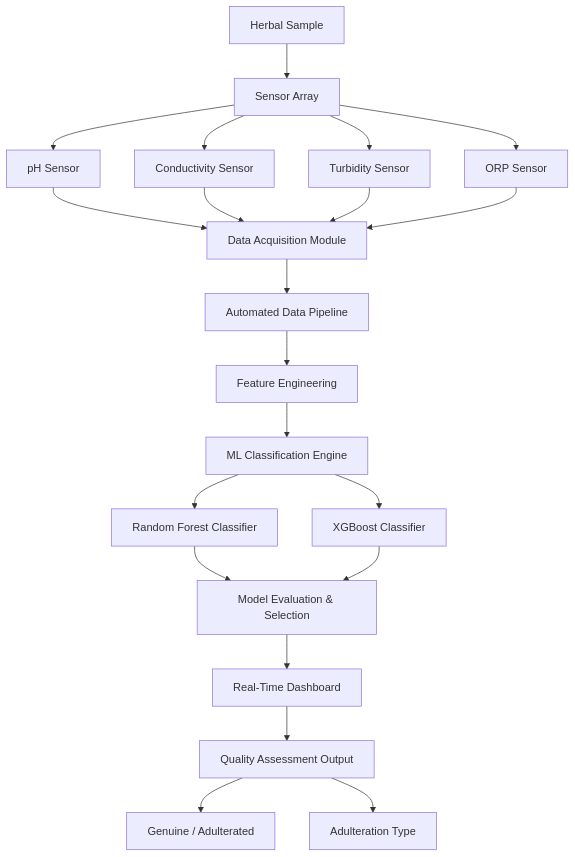
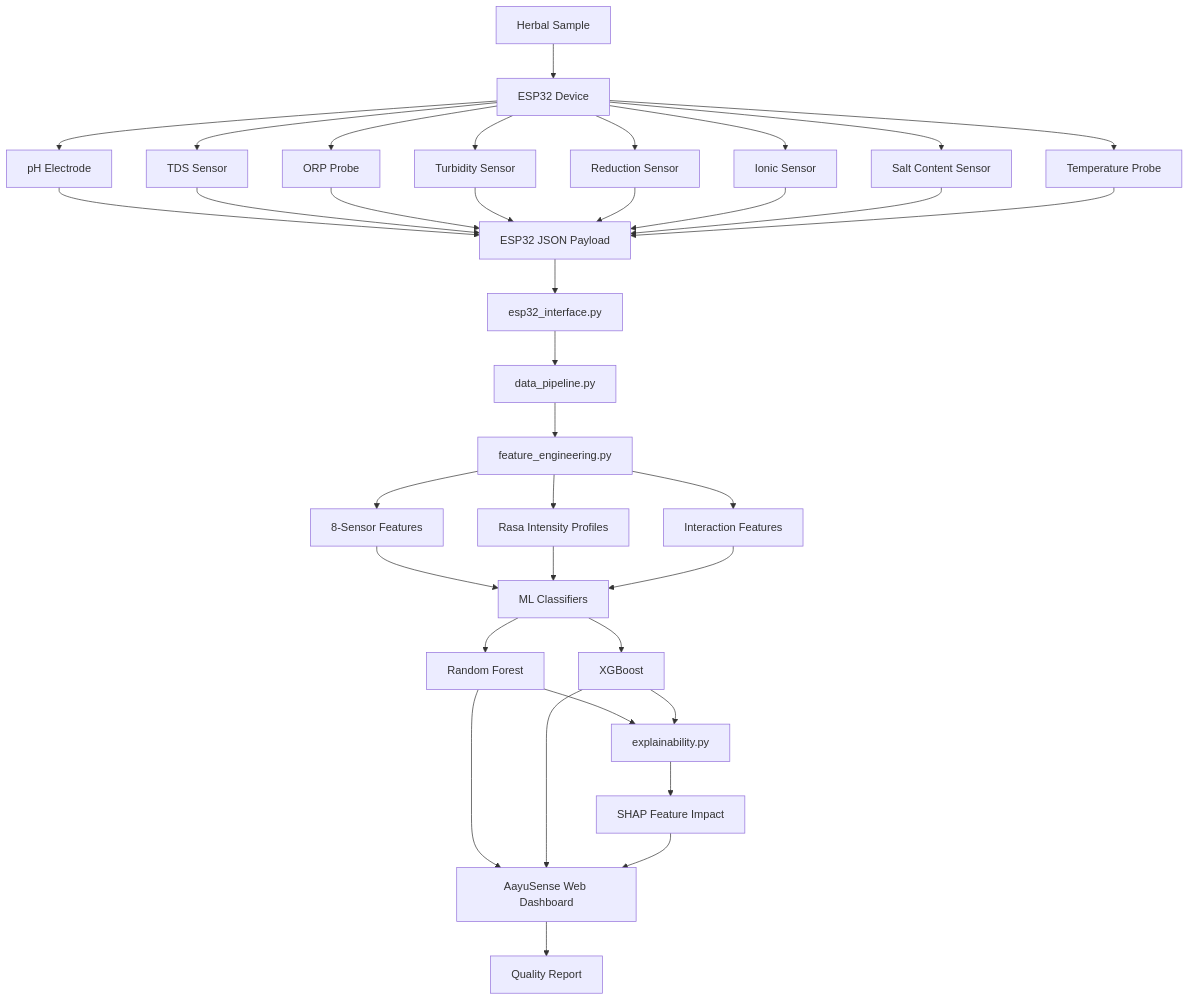
One commit to umeshpandeysh/AayuSense-AI-ETongue changed the first of 2 diagrams in README.md. Above: the diagram before and after it, drawn with Mermaid. The commit also changed other lines of this file and 9 other files, not shown here.

First line of the commit message:
feat: upgrade to 8-sensor ESP32 schema with Rasa profiling and SHAP

````diff
--- a/README.md
+++ b/README.md
@@ -50,19 +45,26 @@
 ```mermaid
 graph TD
-    A[Herbal Sample] --> B[Sensor Array]
-    B --> B1[pH Sensor]
-    B --> B2[Conductivity Sensor]
-    B --> B3[Turbidity Sensor]
-    B --> B4[ORP Sensor]
-    B1 & B2 & B3 & B4 --> C[Data Acquisition Module]
-    C --> D[Automated Data Pipeline]
-    D --> E[Feature Engineering]
-    E --> F[ML Classification Engine]
-    F --> F1[Random Forest Classifier]
-    F --> F2[XGBoost Classifier]
-    F1 & F2 --> G[Model Evaluation & Selection]
-    G --> H[Real-Time Dashboard]
-    H --> I[Quality Assessment Output]
-    I --> I1[Genuine / Adulterated]
-    I --> I2[Adulteration Type]
+    A[Herbal Sample] --> B[ESP32 Device]
+    B --> B1[pH Electrode]
+    B --> B2[TDS Sensor]
+    B --> B3[ORP Probe]
+    B --> B4[Turbidity Sensor]
+    B --> B5[Reduction Sensor]
+    B --> B6[Ionic Sensor]
+    B --> B7[Salt Content Sensor]
+    B --> B8[Temperature Probe]
+    B1 & B2 & B3 & B4 & B5 & B6 & B7 & B8 --> C[ESP32 JSON Payload]
+    C --> D[esp32_interface.py]
+    D --> E[data_pipeline.py]
+    E --> F[feature_engineering.py]
+    F --> F1[8-Sensor Features]
+    F --> F2[Rasa Intensity Profiles]
+    F --> F3[Interaction Features]
+    F1 & F2 & F3 --> G[ML Classifiers]
+    G --> G1[Random Forest]
+    G --> G2[XGBoost]
+    G1 & G2 --> H[explainability.py]
+    H --> I[SHAP Feature Impact]
+    G1 & G2 & I --> J[AayuSense Web Dashboard]
+    J --> K[Quality Report]
 ```
````
